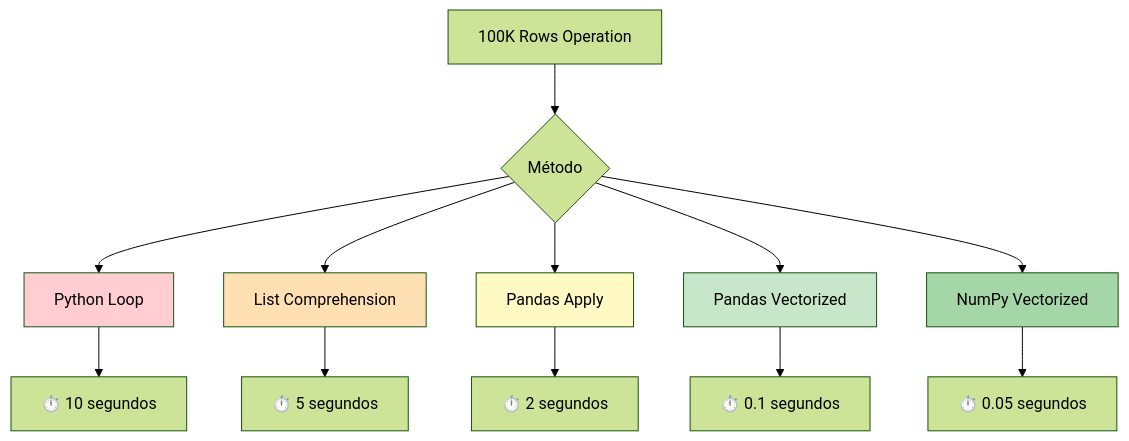
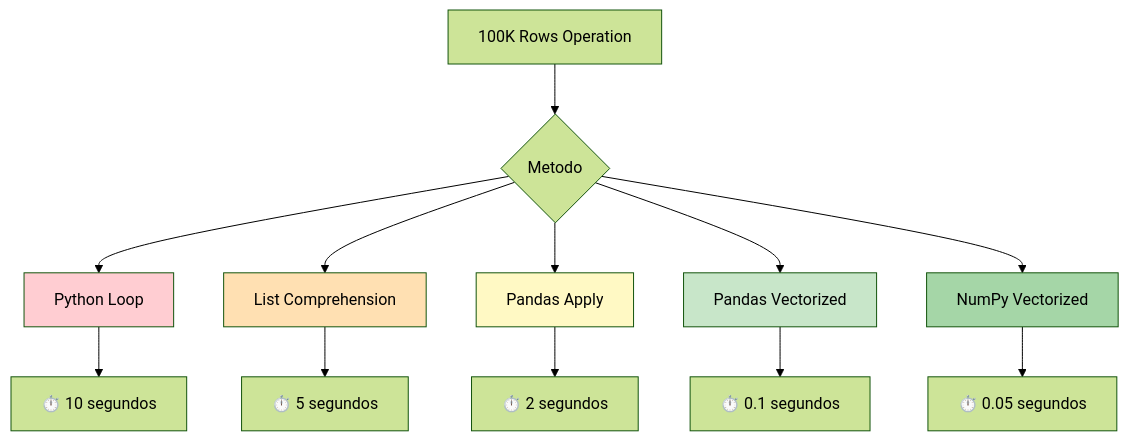
Diagram 22 of 23 in modules/module-04-python-for-data/assets/diagrams/pandas-operations.md (nanlabs/nan-data-engineering-labs), drawn with Mermaid (forest theme) before and after one commit. The commit also changed other lines of this file and 23 other files, not shown here.

````diff
--- a/modules/module-04-python-for-data/assets/diagrams/pandas-operations.md
+++ b/modules/module-04-python-for-data/assets/diagrams/pandas-operations.md
@@ -524,25 +524,25 @@
 ```mermaid
 flowchart TD
-    A[100K Rows Operation] --> B{Método}
+    A[100K Rows Operation] --> B{Metodo}
     
     B --> C[Python Loop]
     C --> C1[⏱️ 10 segundos]
     
     B --> D[List Comprehension]
     D --> D1[⏱️ 5 segundos]
     
     B --> E[Pandas Apply]
     E --> E1[⏱️ 2 segundos]
     
     B --> F[Pandas Vectorized]
     F --> F1[⏱️ 0.1 segundos]
     
     B --> G[NumPy Vectorized]
     G --> G1[⏱️ 0.05 segundos]
     
     style C fill:#ffcdd2
     style D fill:#ffe0b2
     style E fill:#fff9c4
     style F fill:#c8e6c9
     style G fill:#a5d6a7
 ```
````
